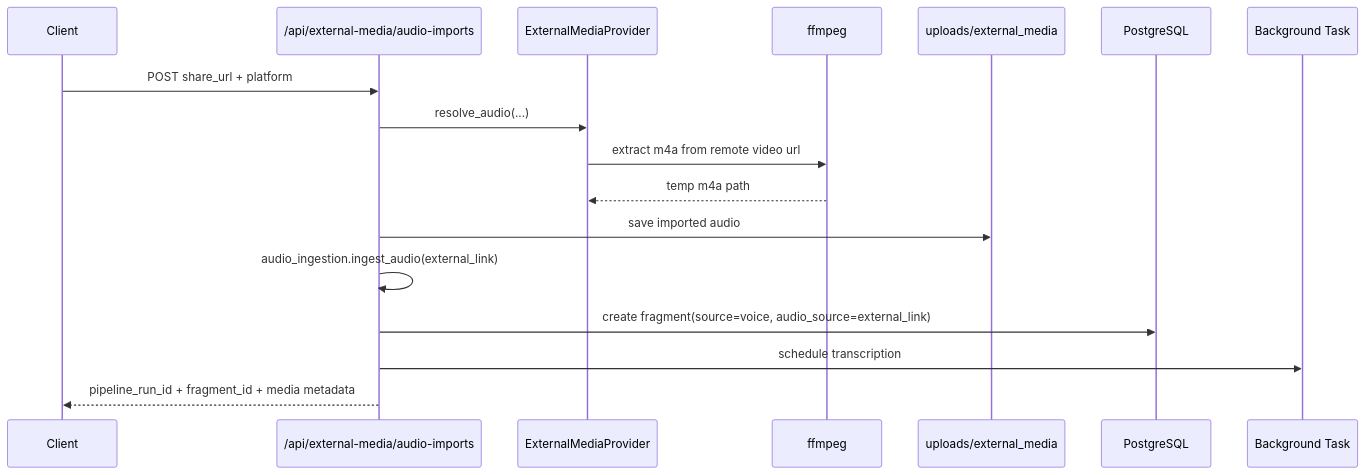
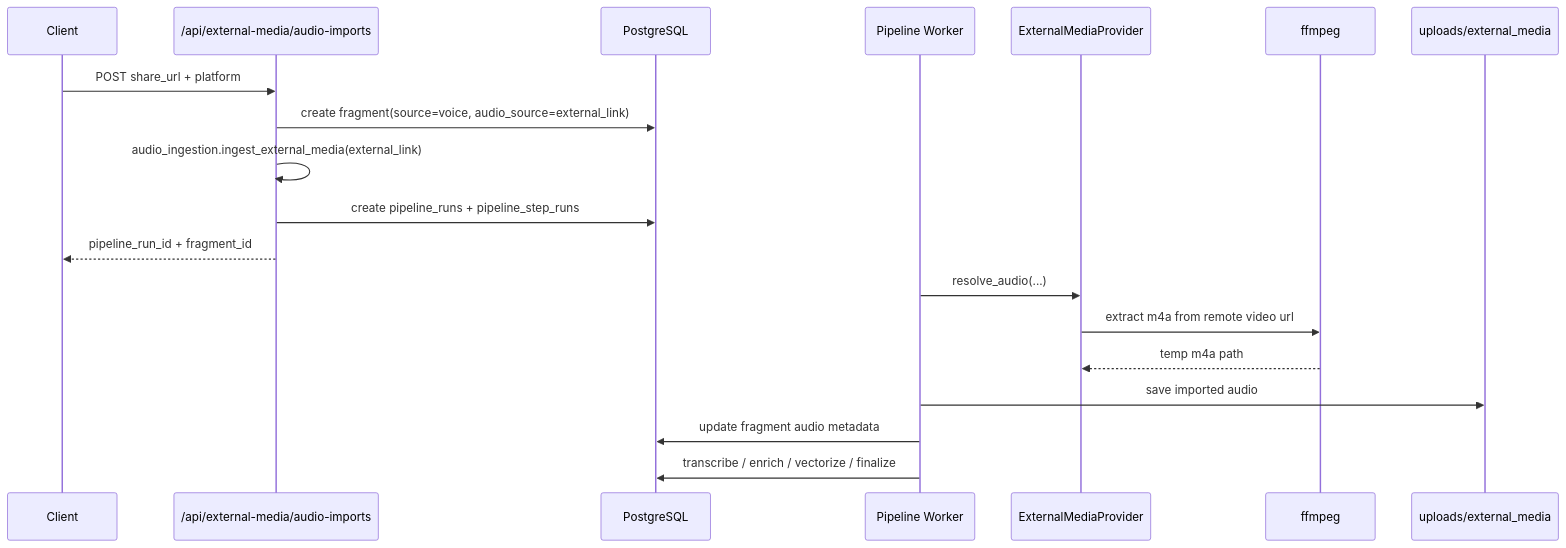
One commit to YCZA2/SparkFlow changed the fifth of 9 diagrams in memory-bank/architecture.md. Above: the diagram before and after it, drawn with Mermaid. The commit also changed other lines of this file and 9 other files, not shown here.

````diff
--- a/memory-bank/architecture.md
+++ b/memory-bank/architecture.md
@@ -291,20 +291,22 @@
 ```mermaid
 sequenceDiagram
     participant App as Client
     participant API as /api/external-media/audio-imports
+    participant DB as PostgreSQL
+    participant PIPE as Pipeline Worker
     participant Provider as ExternalMediaProvider
     participant FF as ffmpeg
     participant FS as uploads/external_media
-    participant DB as PostgreSQL
-    participant BG as Background Task
 
     App->>API: POST share_url + platform
-    API->>Provider: resolve_audio(...)
+    API->>DB: create fragment(source=voice, audio_source=external_link)
+    API->>API: audio_ingestion.ingest_external_media(external_link)
+    API->>DB: create pipeline_runs + pipeline_step_runs
+    API-->>App: pipeline_run_id + fragment_id
+    PIPE->>Provider: resolve_audio(...)
     Provider->>FF: extract m4a from remote video url
     FF-->>Provider: temp m4a path
-    API->>FS: save imported audio
-    API->>API: audio_ingestion.ingest_audio(external_link)
-    API->>DB: create fragment(source=voice, audio_source=external_link)
-    API->>BG: schedule transcription
-    API-->>App: pipeline_run_id + fragment_id + media metadata
+    PIPE->>FS: save imported audio
+    PIPE->>DB: update fragment audio metadata
+    PIPE->>DB: transcribe / enrich / vectorize / finalize
 ```
````
